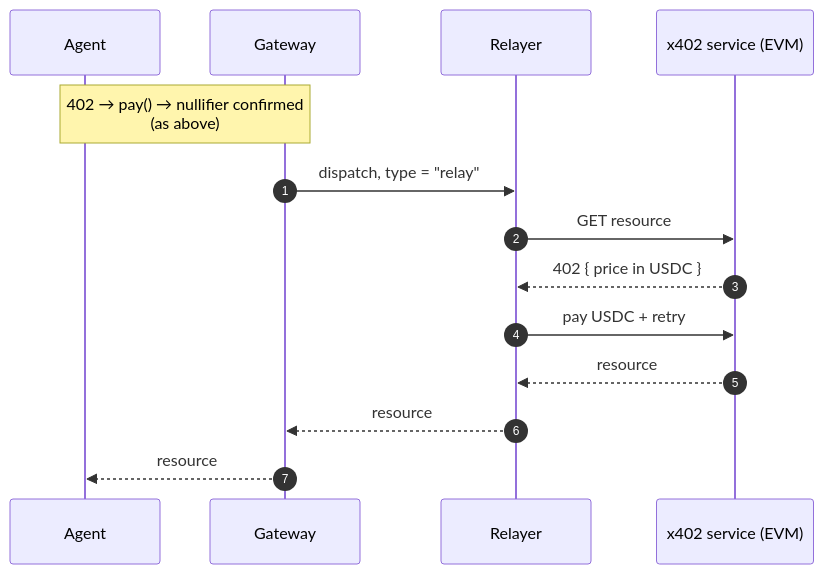
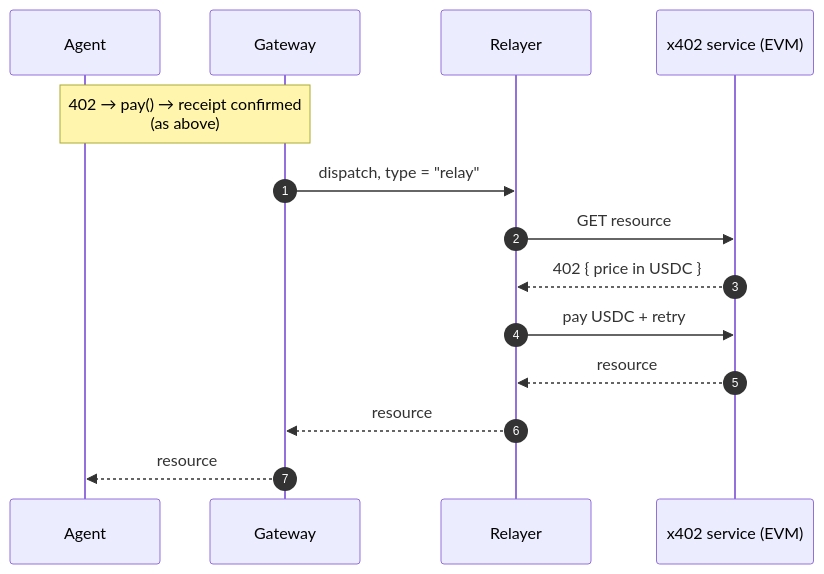
Before and after one commit to julianariel/m402: the fifth of 9 diagrams in docs/architecture/payment-flow.md, drawn with Mermaid. The commit also changed other lines of this file and 5 other files, not shown here.

````diff
--- a/docs/architecture/payment-flow.md
+++ b/docs/architecture/payment-flow.md
@@ -128,18 +129,18 @@
 ```mermaid
 sequenceDiagram
     autonumber
     participant A as Agent
     participant G as Gateway
     participant R as Relayer
     participant X as x402 service (EVM)
 
-    Note over A,G: 402 → pay() → nullifier confirmed<br/>(as above)
+    Note over A,G: 402 → pay() → receipt confirmed<br/>(as above)
 
     G->>R: dispatch, type = "relay"
     R->>X: GET resource
     X-->>R: 402 { price in USDC }
     R->>X: pay USDC + retry
     X-->>R: resource
     R-->>G: resource
     G-->>A: resource
 ```
````
